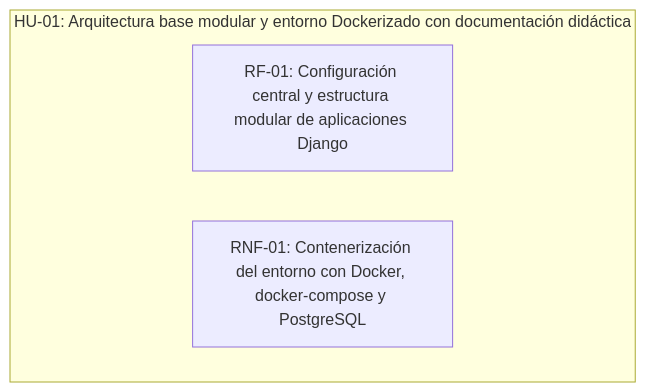
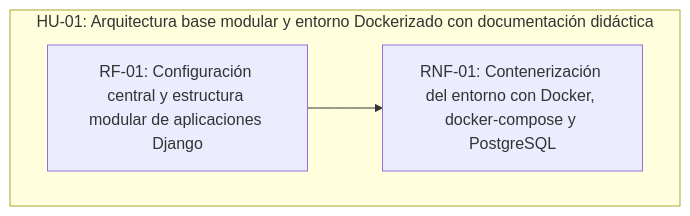
Before and after one commit to fiemcasals/Django: the diagram in scrumDocs/grafo.md, drawn with Mermaid. The commit also changed other lines of this file, not shown here.

````diff
--- a/scrumDocs/grafo.md
+++ b/scrumDocs/grafo.md
@@ -5,7 +5,8 @@
 ```mermaid
 graph TD
   subgraph US_1790269951533["HU-01: Arquitectura base modular y entorno Dockerizado con documentación didáctica"]
     REQ_1790271231287["RF-01: Configuración central y estructura modular de aplicaciones Django"]
     REQ_1790271332189["RNF-01: Contenerización del entorno con Docker, docker-compose y PostgreSQL"]
   end
+  REQ_1790271231287 --> REQ_1790271332189
 ```
````
